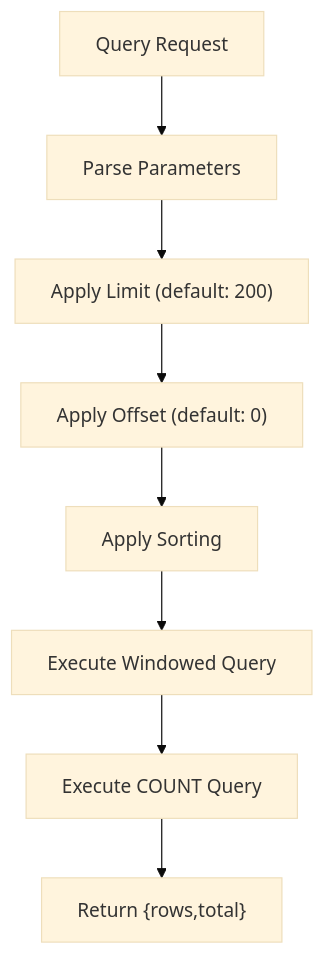
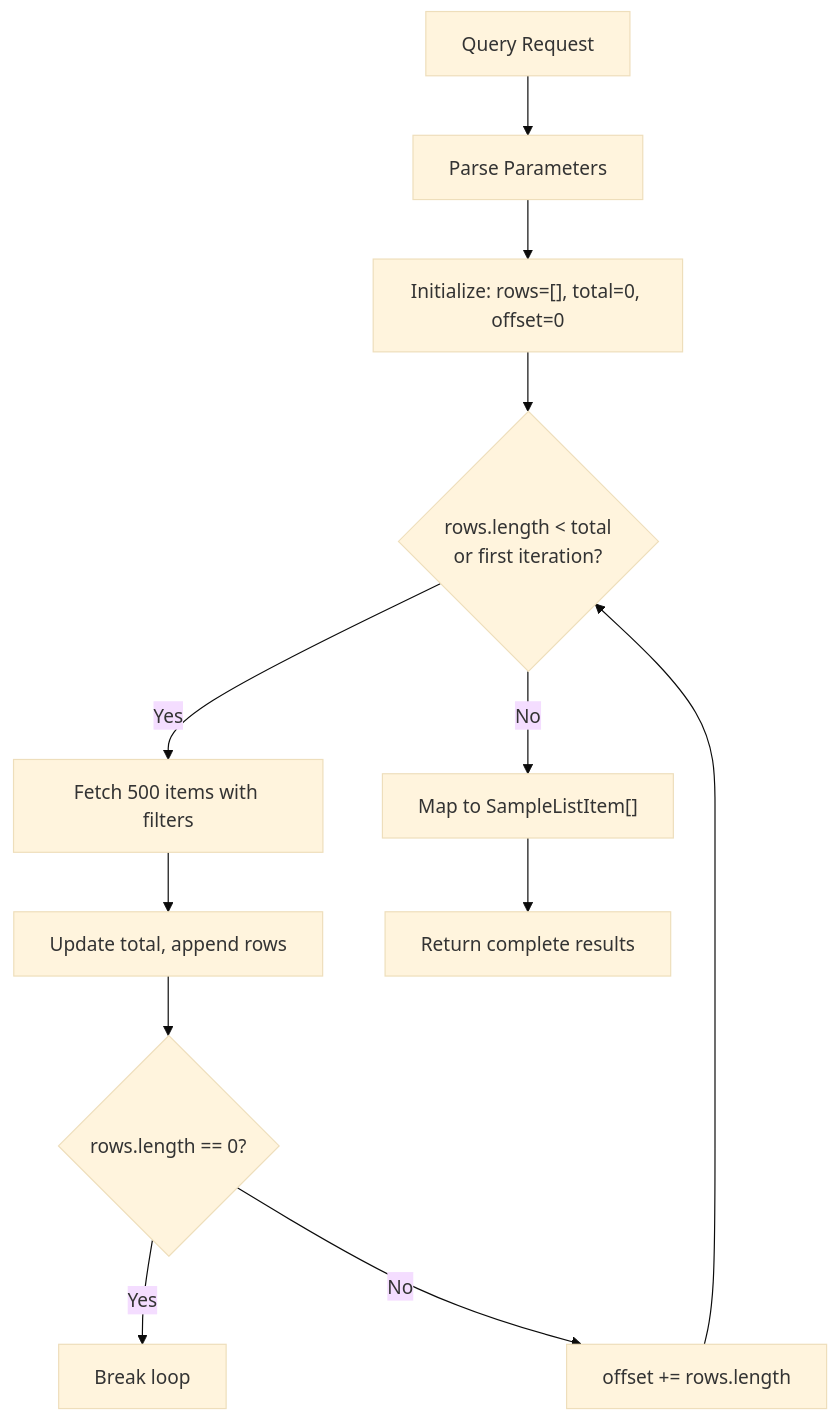
The eighth of 10 diagrams in .qoder/repowiki/en/content/Sample Browser.md (satyrlord/mixjam-electron), drawn with Mermaid (base theme) before and after one commit. The commit also changed other lines of this file and 8 other files, not shown here.

````diff
--- a/.qoder/repowiki/en/content/Sample Browser.md
+++ b/.qoder/repowiki/en/content/Sample Browser.md
@@ -332,10 +337,14 @@
 ```mermaid
 flowchart TD
 Request["Query Request"] --> Params["Parse Parameters"]
-Params --> Limit["Apply Limit (default: 200)"]
-Limit --> Offset["Apply Offset (default: 0)"]
-Offset --> Sort["Apply Sorting"]
-Sort --> Execute["Execute Windowed Query"]
-Execute --> Count["Execute COUNT Query"]
-Count --> Result["Return {rows,total}"]
+Params --> Init["Initialize: rows=[], total=0, offset=0"]
+Init --> Loop{"rows.length < total<br/>or first iteration?"}
+Loop --> |Yes| Fetch["Fetch 500 items with filters"]
+Fetch --> Update["Update total, append rows"]
+Update --> Check{"rows.length == 0?"}
+Check --> |Yes| Break["Break loop"]
+Check --> |No| Advance["offset += rows.length"]
+Advance --> Loop
+Loop --> |No| Map["Map to SampleListItem[]"]
+Map --> Return["Return complete results"]
 ```
````
